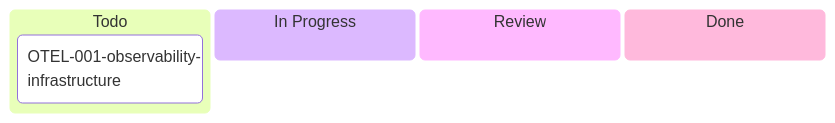
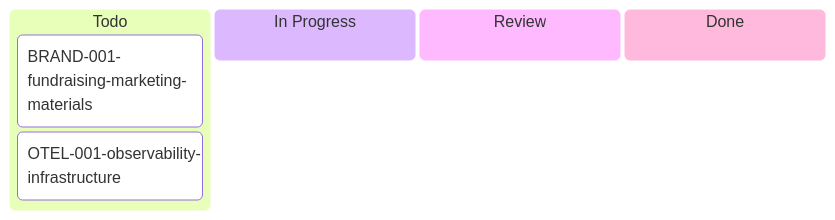
Before and after one commit to inixiative/template: the diagram in tickets/kanban-hernan.md, drawn with Mermaid. The commit also changed other lines of this file and 6 other files, not shown here.

First line of the commit message:
docs: add BRAND-001 fundraising and marketing materials ticket

````diff
--- a/tickets/kanban-hernan.md
+++ b/tickets/kanban-hernan.md
@@ -3,13 +3,14 @@
 ```mermaid
 ---
 config:
   kanban:
     ticketBaseUrl: 'https://github.com/yourorg/template/blob/main/tickets/#TICKET#'
 ---
 kanban
   Todo
+    BRAND-001-fundraising-marketing-materials
     OTEL-001-observability-infrastructure
   In Progress
   Review
   Done
 ```
````
